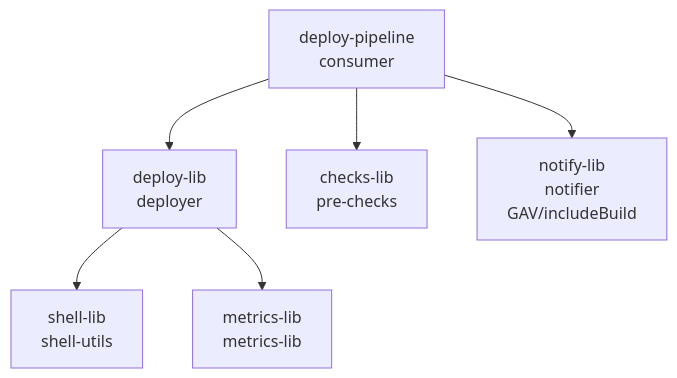
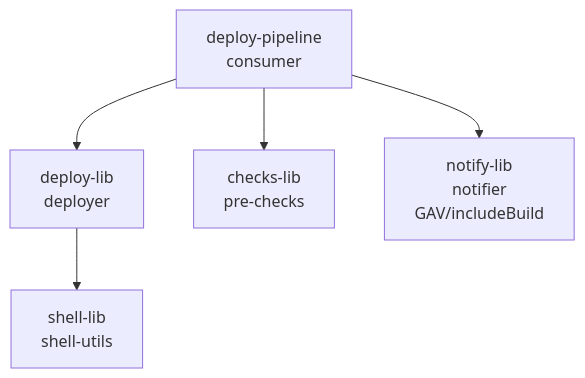
One commit to mkobit/jenkins-pipeline-shared-libraries-gradle-plugin changed the diagram in examples/peer-libraries/README.md. Above: the diagram before and after it, drawn with Mermaid. The commit also changed other lines of this file and 9 other files, not shown here.

````diff
--- a/examples/peer-libraries/README.md
+++ b/examples/peer-libraries/README.md
@@ -19,15 +18,13 @@
 ```mermaid
 graph TD
     DP[deploy-pipeline<br/>consumer]
     DL[deploy-lib<br/>deployer]
     CL[checks-lib<br/>pre-checks]
     NL[notify-lib<br/>notifier<br/>GAV/includeBuild]
     SL[shell-lib<br/>shell-utils]
-    ML[metrics-lib<br/>metrics-lib]
 
     DP --> DL
     DP --> CL
     DP --> NL
     DL --> SL
-    DL --> ML
 ```
````
